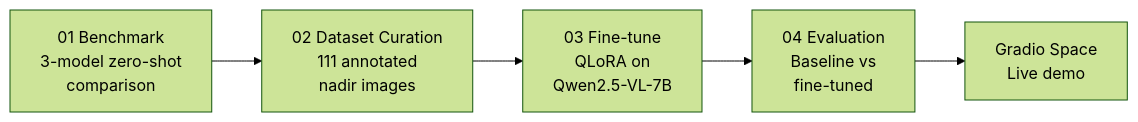
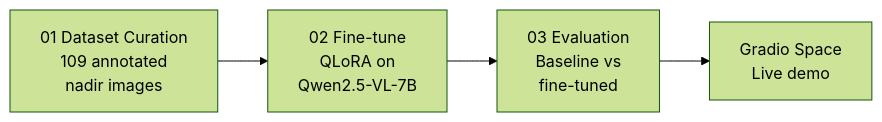
Before and after one commit to lowkaihon/vlm-scene-analyser: the diagram in README.md, drawn with Mermaid (forest theme). The commit also changed other lines of this file and 16 other files, not shown here.

````diff
--- a/README.md
+++ b/README.md
@@ -33,7 +32,6 @@
 ```mermaid
 flowchart LR
-    A["01 Benchmark\n3-model zero-shot\ncomparison"] --> B["02 Dataset Curation\n111 annotated\nnadir images"]
-    B --> C["03 Fine-tune\nQLoRA on\nQwen2.5-VL-7B"]
-    C --> D["04 Evaluation\nBaseline vs\nfine-tuned"]
-    D --> E["Gradio Space\nLive demo"]
+    A["01 Dataset Curation\n109 annotated\nnadir images"] --> B["02 Fine-tune\nQLoRA on\nQwen2.5-VL-7B"]
+    B --> C["03 Evaluation\nBaseline vs\nfine-tuned"]
+    C --> D["Gradio Space\nLive demo"]
 ```
````
